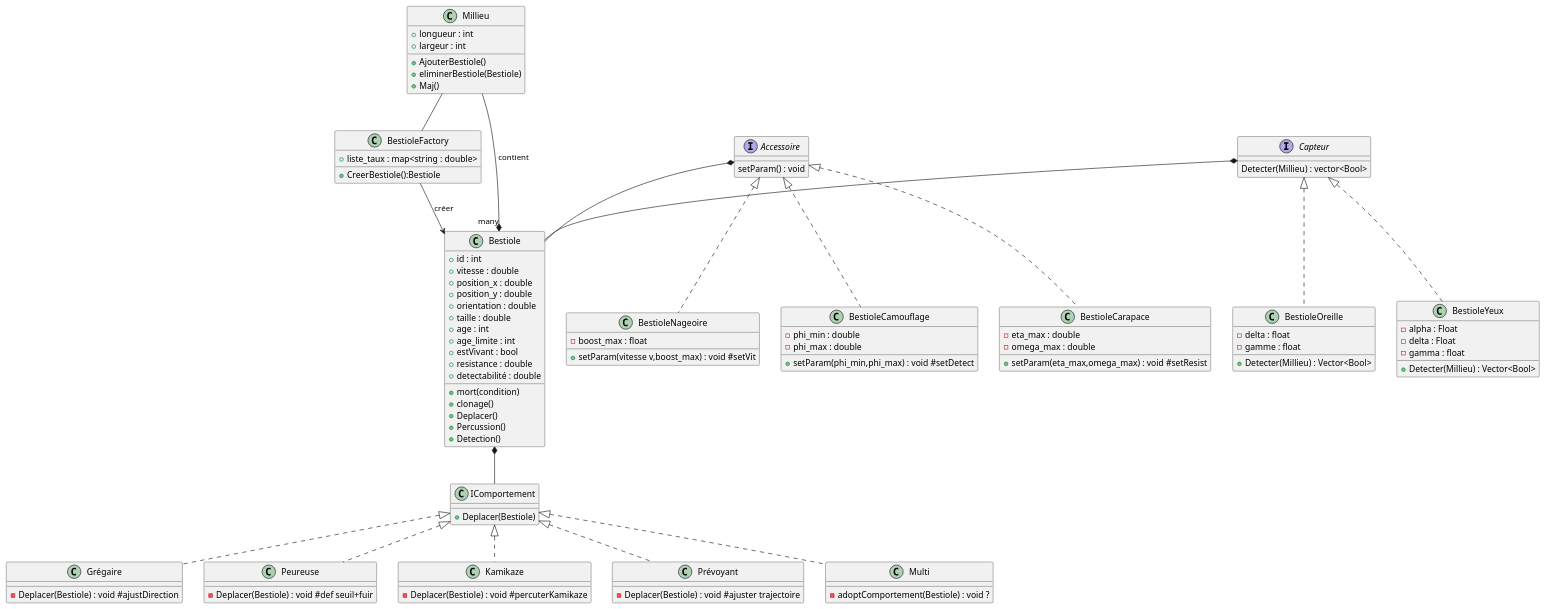
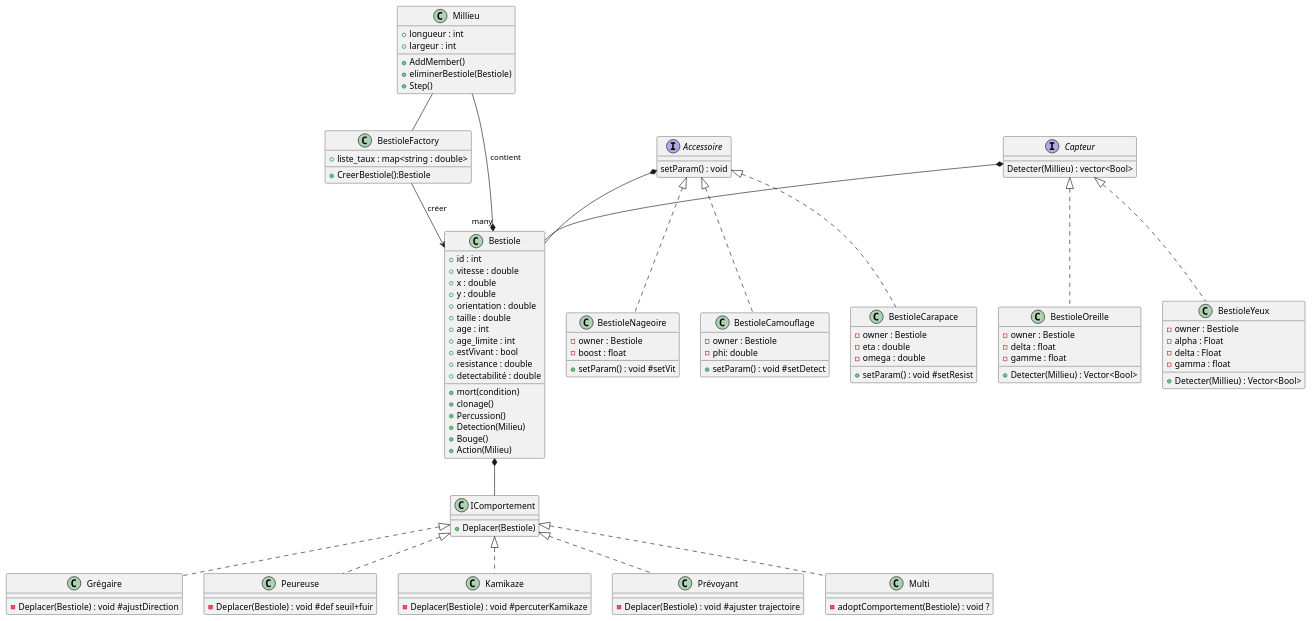
One commit to Faberra57/BE changed the diagram in diagramme.puml. Above: the diagram before and after it, drawn with PlantUML.

Commit message:
nouveau diagramme

```diff
--- a/diagramme.puml
+++ b/diagramme.puml
@@ -1,129 +1,133 @@
 @startuml dd
 
 class BestioleFactory {
   + liste_taux : map<string : double>
   + CreerBestiole():Bestiole
 }
 
 class Bestiole {
     + id : int
     + vitesse : double
-    + position_x : double
-    + position_y : double
+    + x : double
+    + y : double
     + orientation : double
     + taille : double
     + age : int
     + age_limite : int
     + estVivant : bool
     + resistance : double
     + detectabilité : double
     + mort(condition)
     + clonage()
-    + Deplacer()
     + Percussion()
-    + Detection()
+    + Detection(Milieu)
+    + Bouge()
+    + Action(Milieu)
 }
 
 class Millieu {
  + longueur : int
  + largeur : int
-
- +AjouterBestiole()
+ +AddMember()
  +eliminerBestiole(Bestiole)
- +Maj()
+ +Step()
 }
 
 class BestioleOreille {
+    - owner : Bestiole
     - delta : float
     - gamme : float
     + Detecter(Millieu) : Vector<Bool> 
 
 }
 
 Interface Accessoire {
   setParam() : void
 }
 
 Interface Capteur {
   Detecter(Millieu) : vector<Bool>
 }
 
 
-class BestioleNageoire {  
-    - boost_max : float
-    + setParam(vitesse v,boost_max) : void #setVit
+class BestioleNageoire {
+    - owner : Bestiole  
+    - boost : float
+    + setParam() : void #setVit
 }
 
 class BestioleCamouflage {
-  - phi_min : double
-  - phi_max : double
-  + setParam(phi_min,phi_max) : void #setDetect
+  - owner : Bestiole
+  - phi: double
+  + setParam() : void #setDetect
 }
 
 class BestioleCarapace {
-  - eta_max : double
-  - omega_max : double
-  + setParam(eta_max,omega_max) : void #setResist
+  - owner : Bestiole
+  - eta : double
+  - omega : double
+  + setParam() : void #setResist
 }
 
 class BestioleYeux {
+  - owner : Bestiole
   - alpha : Float
   - delta : Float
   - gamma : float
   + Detecter(Millieu) : Vector<Bool>
 }
 
 class IComportement {
   + Deplacer(Bestiole)
 }
 
 class Grégaire {
     -Deplacer(Bestiole) : void #ajustDirection
 
 }
 
 class Peureuse{
     -Deplacer(Bestiole) : void #def seuil+fuir
 
 }
 
 class Kamikaze{
     -Deplacer(Bestiole) : void #percuterKamikaze
 }
 
 class Prévoyant{
     -Deplacer(Bestiole) : void #ajuster trajectoire
 
 }
 
 
 class Multi{
     -adoptComportement(Bestiole) : void ?
 }
 
 BestioleFactory --> Bestiole : créer
 
 Capteur *-- Bestiole
 Capteur<|..BestioleOreille
 Capteur<|..BestioleYeux
 
 IComportement <|.. Grégaire
 IComportement <|.. Peureuse
 IComportement <|.. Kamikaze
 IComportement <|.. Prévoyant
 IComportement <|.. Multi
 Bestiole *-- IComportement
 
 
 
 Accessoire <|..BestioleNageoire
 Accessoire <|..BestioleCarapace
 Accessoire <|..BestioleCamouflage
 Accessoire *-- Bestiole
 
 
 Millieu --* "many" Bestiole : contient
 
 Millieu -- BestioleFactory
 
 @enduml
```
